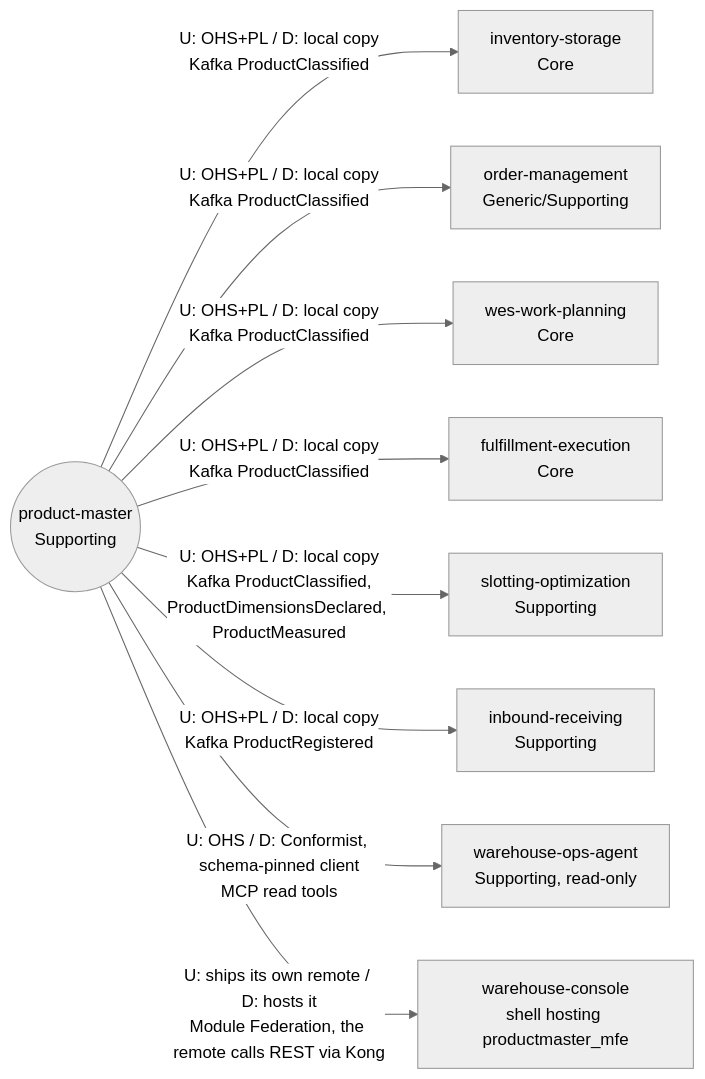
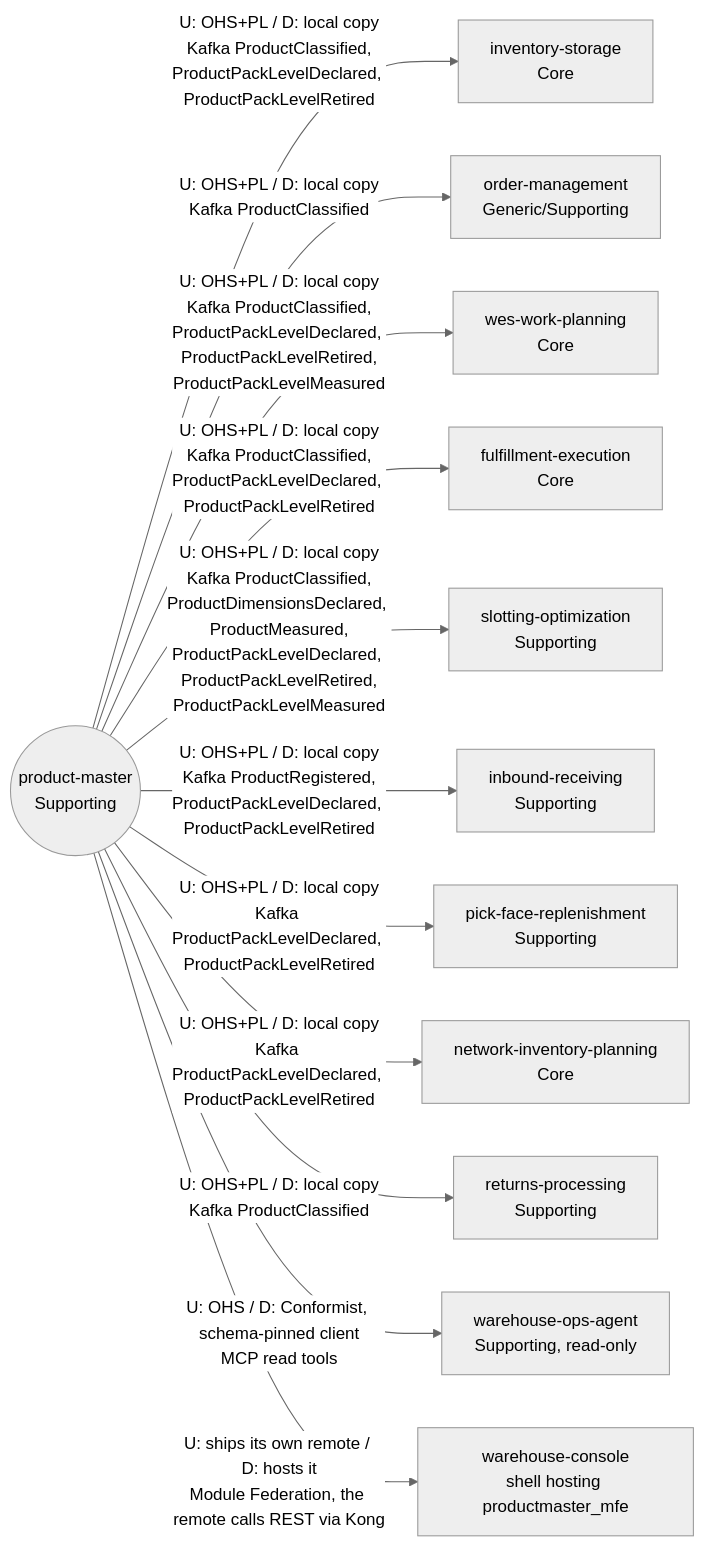
One commit to IQVO/product-master changed the diagram in docs/docs/ddd/context-map.md. Above: the diagram before and after it, drawn with Mermaid (neutral theme). The commit also changed other lines of this file and 12 other files, not shown here.

First line of the commit message:
docs(product-master): reconcile consumers and pack-level state with the code

````diff
--- a/docs/docs/ddd/context-map.md
+++ b/docs/docs/ddd/context-map.md
@@ -20,22 +20,28 @@
 ```mermaid
 flowchart LR
   PM(("product-master<br/>Supporting"))
 
   INV["inventory-storage<br/>Core"]
   OM["order-management<br/>Generic/Supporting"]
   WWP["wes-work-planning<br/>Core"]
   FE["fulfillment-execution<br/>Core"]
   SO["slotting-optimization<br/>Supporting"]
   IR["inbound-receiving<br/>Supporting"]
+  PFR["pick-face-replenishment<br/>Supporting"]
+  NIP["network-inventory-planning<br/>Core"]
+  RP["returns-processing<br/>Supporting"]
   OPS["warehouse-ops-agent<br/>Supporting, read-only"]
   CON["warehouse-console<br/>shell hosting productmaster_mfe"]
 
-  PM -- "U: OHS+PL / D: local copy<br/>Kafka ProductClassified" --> INV
+  PM -- "U: OHS+PL / D: local copy<br/>Kafka ProductClassified,<br/>ProductPackLevelDeclared, ProductPackLevelRetired" --> INV
   PM -- "U: OHS+PL / D: local copy<br/>Kafka ProductClassified" --> OM
-  PM -- "U: OHS+PL / D: local copy<br/>Kafka ProductClassified" --> WWP
-  PM -- "U: OHS+PL / D: local copy<br/>Kafka ProductClassified" --> FE
-  PM -- "U: OHS+PL / D: local copy<br/>Kafka ProductClassified,<br/>ProductDimensionsDeclared, ProductMeasured" --> SO
-  PM -- "U: OHS+PL / D: local copy<br/>Kafka ProductRegistered" --> IR
+  PM -- "U: OHS+PL / D: local copy<br/>Kafka ProductClassified,<br/>ProductPackLevelDeclared, ProductPackLevelRetired,<br/>ProductPackLevelMeasured" --> WWP
+  PM -- "U: OHS+PL / D: local copy<br/>Kafka ProductClassified,<br/>ProductPackLevelDeclared, ProductPackLevelRetired" --> FE
+  PM -- "U: OHS+PL / D: local copy<br/>Kafka ProductClassified,<br/>ProductDimensionsDeclared, ProductMeasured,<br/>ProductPackLevelDeclared, ProductPackLevelRetired,<br/>ProductPackLevelMeasured" --> SO
+  PM -- "U: OHS+PL / D: local copy<br/>Kafka ProductRegistered,<br/>ProductPackLevelDeclared, ProductPackLevelRetired" --> IR
+  PM -- "U: OHS+PL / D: local copy<br/>Kafka ProductPackLevelDeclared, ProductPackLevelRetired" --> PFR
+  PM -- "U: OHS+PL / D: local copy<br/>Kafka ProductPackLevelDeclared, ProductPackLevelRetired" --> NIP
+  PM -- "U: OHS+PL / D: local copy<br/>Kafka ProductClassified" --> RP
   PM -- "U: OHS / D: Conformist, schema-pinned client<br/>MCP read tools" --> OPS
   PM -- "U: ships its own remote / D: hosts it<br/>Module Federation, the remote calls REST via Kong" --> CON
 ```
````
